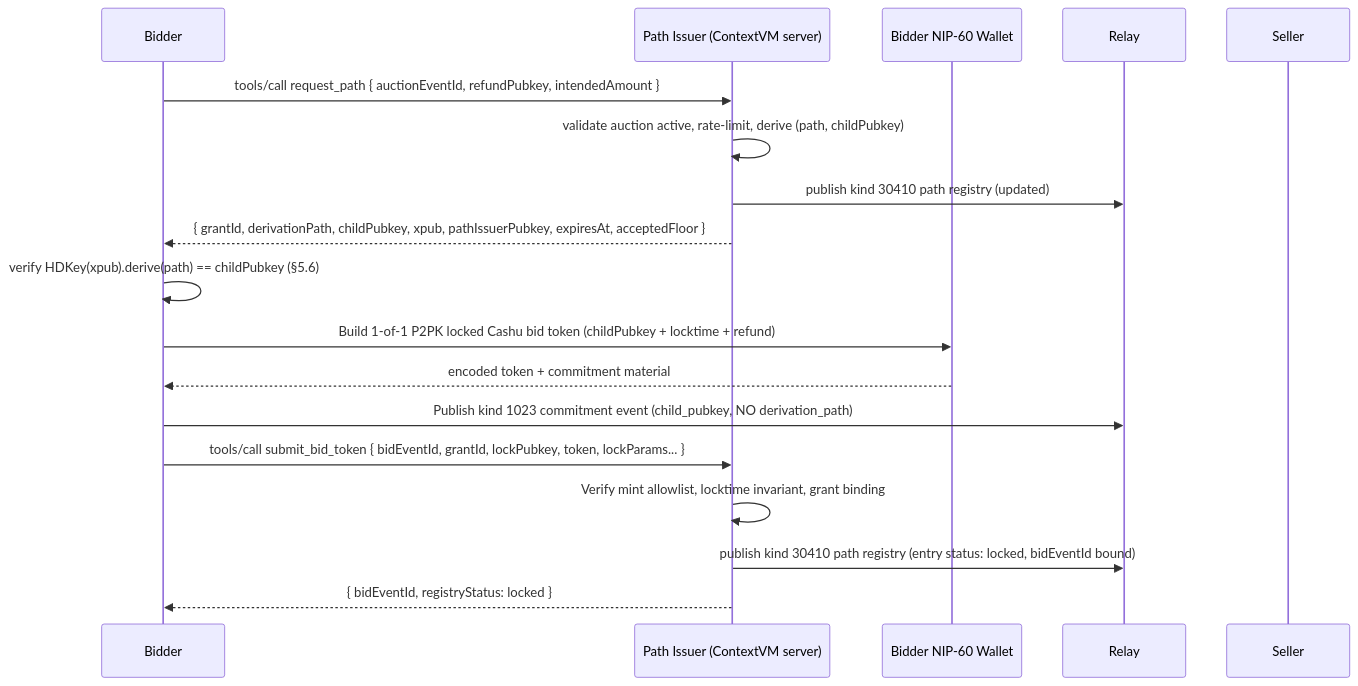
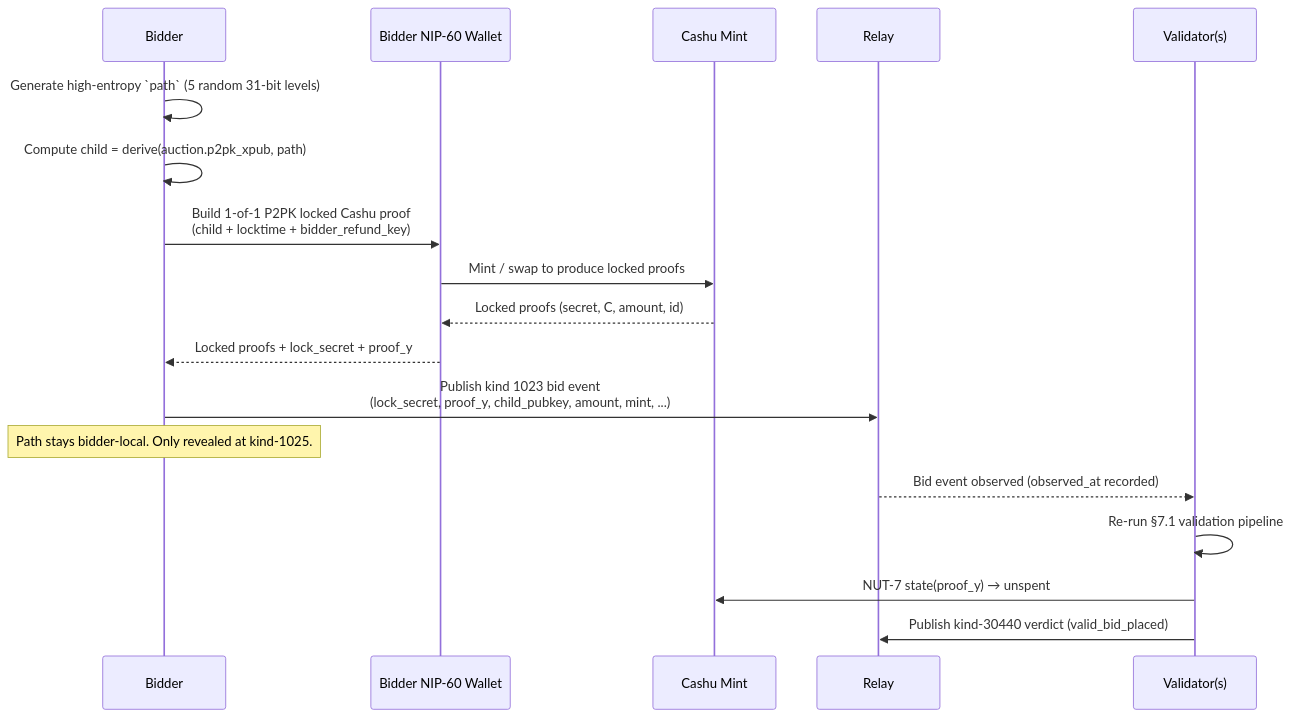
The second of 4 diagrams in AUCTIONS.md (PlebeianApp/market), drawn with Mermaid before and after one commit. The commit also changed other lines of this file and 13 other files, not shown here.

````diff
--- a/AUCTIONS.md
+++ b/AUCTIONS.md
@@ -714,22 +1089,23 @@
 ```mermaid
 sequenceDiagram
     participant B as Bidder
-    participant I as Path Issuer (ContextVM server)
     participant W as Bidder NIP-60 Wallet
+    participant M as Cashu Mint
     participant R as Relay
-    participant S as Seller
+    participant V as Validator(s)
 
-    B->>I: tools/call request_path { auctionEventId, refundPubkey, intendedAmount }
-    I->>I: validate auction active, rate-limit, derive (path, childPubkey)
-    I->>R: publish kind 30410 path registry (updated)
-    I-->>B: { grantId, derivationPath, childPubkey, xpub, pathIssuerPubkey, expiresAt, acceptedFloor }
+    B->>B: Generate high-entropy `path` (5 random 31-bit levels)
+    B->>B: Compute child = derive(auction.p2pk_xpub, path)
+    B->>W: Build 1-of-1 P2PK locked Cashu proof<br/>(child + locktime + bidder_refund_key)
+    W->>M: Mint / swap to produce locked proofs
+    M-->>W: Locked proofs (secret, C, amount, id)
+    W-->>B: Locked proofs + lock_secret + proof_y
 
-    B->>B: verify HDKey(xpub).derive(path) == childPubkey (§5.6)
-    B->>W: Build 1-of-1 P2PK locked Cashu bid token (childPubkey + locktime + refund)
-    W-->>B: encoded token + commitment material
-    B->>R: Publish kind 1023 commitment event (child_pubkey, NO derivation_path)
-    B->>I: tools/call submit_bid_token { bidEventId, grantId, lockPubkey, token, lockParams... }
-    I->>I: Verify mint allowlist, locktime invariant, grant binding
-    I->>R: publish kind 30410 path registry (entry status: locked, bidEventId bound)
-    I-->>B: { bidEventId, registryStatus: locked }
+    B->>R: Publish kind 1023 bid event<br/>(lock_secret, proof_y, child_pubkey, amount, mint, ...)
+    Note over B: Path stays bidder-local. Only revealed at kind-1025.
+
+    R-->>V: Bid event observed (observed_at recorded)
+    V->>V: Re-run §7.1 validation pipeline
+    V->>M: NUT-7 state(proof_y) → unspent
+    V->>R: Publish kind-30440 verdict (valid_bid_placed)
 ```
````
